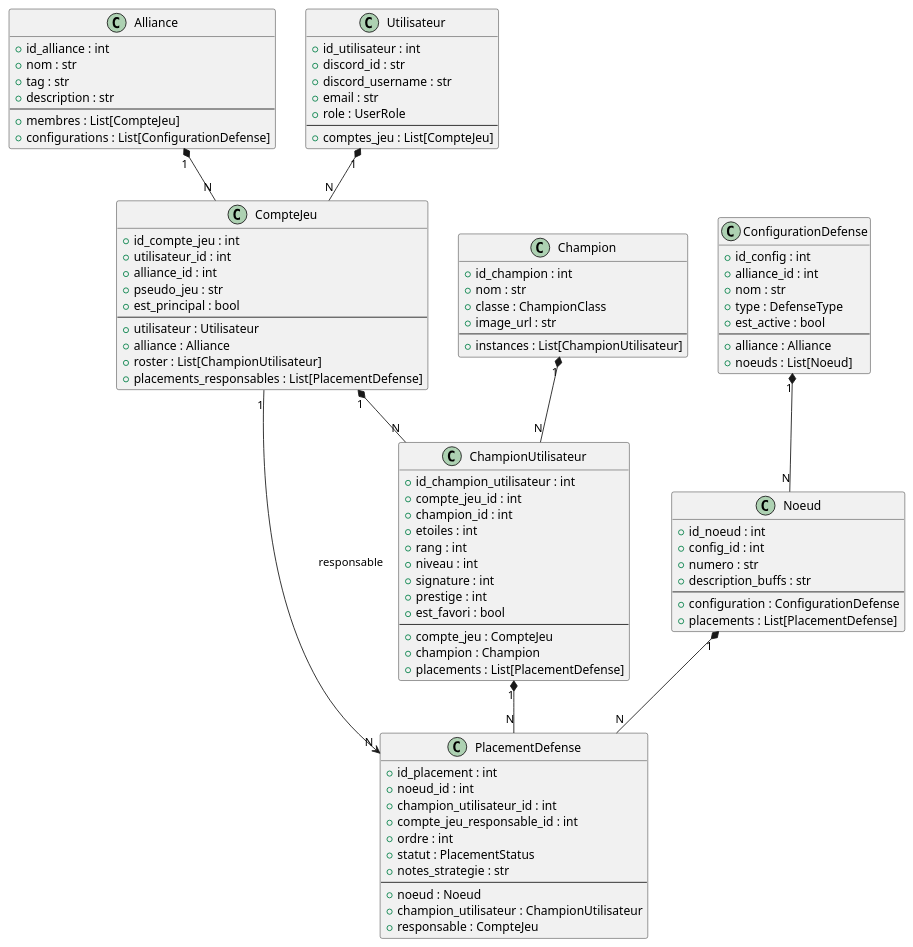
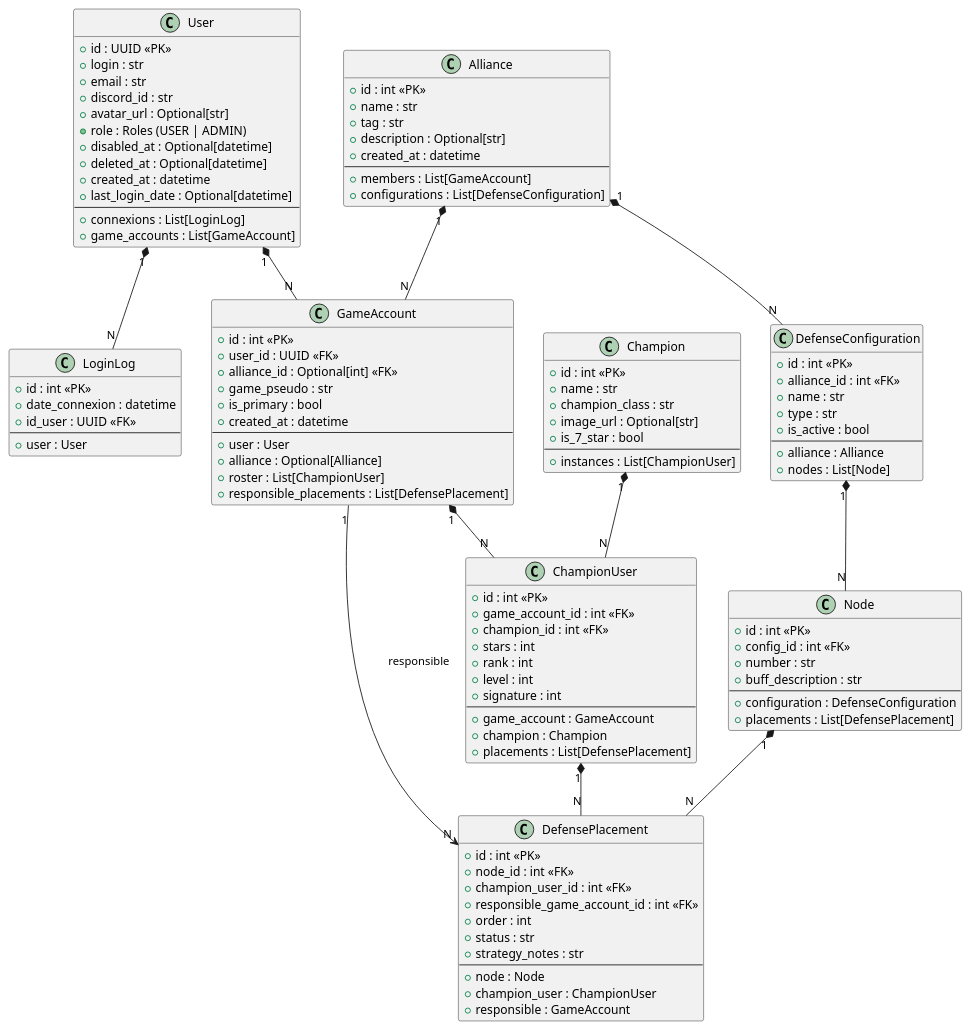
Before and after one commit to SNEAXIII/Mawster: the diagram in api/docs/diag_class.puml, drawn with PlantUML. The commit also changed 14 other files, not shown here.

Commit message:
Adds game account, alliance, champion, and champion user models with corresponding database migrations and DTOs

```diff
--- a/api/docs/diag_class.puml
+++ b/api/docs/diag_class.puml
@@ -1,108 +1,124 @@
 @startuml Class_FastAPI
 
+  class User {
+    + id : UUID <<PK>>
+    + login : str
+    + email : str
+    + discord_id : str
+    + avatar_url : Optional[str]
+    + role : Roles (USER | ADMIN)
+    + disabled_at : Optional[datetime]
+    + deleted_at : Optional[datetime]
+    + created_at : datetime
+    + last_login_date : Optional[datetime]
+    --
+    + connexions : List[LoginLog]
+    + game_accounts : List[GameAccount]
+  }
 
+  class LoginLog {
+    + id : int <<PK>>
+    + date_connexion : datetime
+    + id_user : UUID <<FK>>
+    --
+    + user : User
+  }
 
   class Alliance {
-    + id_alliance : int
-    + nom : str
+    + id : int <<PK>>
+    + name : str
     + tag : str
-    + description : str
+    + description : Optional[str]
+    + created_at : datetime
+    ' TODO: add url later
     --
-    + membres : List[CompteJeu]
-    + configurations : List[ConfigurationDefense]
+    + members : List[GameAccount]
+    + configurations : List[DefenseConfiguration]
   }
 
-  class Utilisateur {
-    + id_utilisateur : int
-    + discord_id : str
-    + discord_username : str
-    + email : str
-    + role : UserRole
+  class GameAccount {
+    + id : int <<PK>>
+    + user_id : UUID <<FK>>
+    + alliance_id : Optional[int] <<FK>>
+    + game_pseudo : str
+    + is_primary : bool
+    + created_at : datetime
     --
-    + comptes_jeu : List[CompteJeu]
-  }
-
-  class CompteJeu {
-    + id_compte_jeu : int
-    + utilisateur_id : int
-    + alliance_id : int
-    + pseudo_jeu : str
-    + est_principal : bool
-    --
-    + utilisateur : Utilisateur
-    + alliance : Alliance
-    + roster : List[ChampionUtilisateur]
-    + placements_responsables : List[PlacementDefense]
+    + user : User
+    + alliance : Optional[Alliance]
+    + roster : List[ChampionUser]
+    + responsible_placements : List[DefensePlacement]
   }
 
   class Champion {
-    + id_champion : int
-    + nom : str
-    + classe : ChampionClass
-    + image_url : str
+    + id : int <<PK>>
+    + name : str
+    + champion_class : str
+    + image_url : Optional[str]
+    + is_7_star : bool
     --
-    + instances : List[ChampionUtilisateur]
+    + instances : List[ChampionUser]
   }
 
-  class ChampionUtilisateur {
-    + id_champion_utilisateur : int
-    + compte_jeu_id : int
-    + champion_id : int
-    + etoiles : int
-    + rang : int
-    + niveau : int
+  class ChampionUser {
+    + id : int <<PK>>
+    + game_account_id : int <<FK>>
+    + champion_id : int <<FK>>
+    + stars : int
+    + rank : int
+    + level : int
     + signature : int
-    + prestige : int
-    + est_favori : bool
     --
-    + compte_jeu : CompteJeu
+    + game_account : GameAccount
     + champion : Champion
-    + placements : List[PlacementDefense]
+    + placements : List[DefensePlacement]
   }
 
-  class ConfigurationDefense {
-    + id_config : int
-    + alliance_id : int
-    + nom : str
-    + type : DefenseType
-    + est_active : bool
+  class DefenseConfiguration {
+    + id : int <<PK>>
+    + alliance_id : int <<FK>>
+    + name : str
+    + type : str
+    + is_active : bool
     --
     + alliance : Alliance
-    + noeuds : List[Noeud]
+    + nodes : List[Node]
   }
 
-  class Noeud {
-    + id_noeud : int
-    + config_id : int
-    + numero : str
-    + description_buffs : str
+  class Node {
+    + id : int <<PK>>
+    + config_id : int <<FK>>
+    + number : str
+    + buff_description : str
     --
-    + configuration : ConfigurationDefense
-    + placements : List[PlacementDefense]
+    + configuration : DefenseConfiguration
+    + placements : List[DefensePlacement]
   }
 
-  class PlacementDefense {
-    + id_placement : int
-    + noeud_id : int
-    + champion_utilisateur_id : int
-    + compte_jeu_responsable_id : int
-    + ordre : int
-    + statut : PlacementStatus
-    + notes_strategie : str
+  class DefensePlacement {
+    + id : int <<PK>>
+    + node_id : int <<FK>>
+    + champion_user_id : int <<FK>>
+    + responsible_game_account_id : int <<FK>>
+    + order : int
+    + status : str
+    + strategy_notes : str
     --
-    + noeud : Noeud
-    + champion_utilisateur : ChampionUtilisateur
-    + responsable : CompteJeu
+    + node : Node
+    + champion_user : ChampionUser
+    + responsible : GameAccount
   }
 
 
-Utilisateur "1" *-- "N" CompteJeu
-Alliance "1" *-- "N" CompteJeu
-CompteJeu "1" *-- "N" ChampionUtilisateur
-Champion "1" *-- "N" ChampionUtilisateur
-ConfigurationDefense "1" *-- "N" Noeud
-Noeud "1" *-- "N" PlacementDefense
-ChampionUtilisateur "1" *-- "N" PlacementDefense
-CompteJeu "1" --> "N" PlacementDefense : responsable
+User "1" *-- "N" LoginLog
+User "1" *-- "N" GameAccount
+Alliance "1" *-- "N" GameAccount
+GameAccount "1" *-- "N" ChampionUser
+Champion "1" *-- "N" ChampionUser
+Alliance "1" *-- "N" DefenseConfiguration
+DefenseConfiguration "1" *-- "N" Node
+Node "1" *-- "N" DefensePlacement
+ChampionUser "1" *-- "N" DefensePlacement
+GameAccount "1" --> "N" DefensePlacement : responsible
 
 @enduml
```
